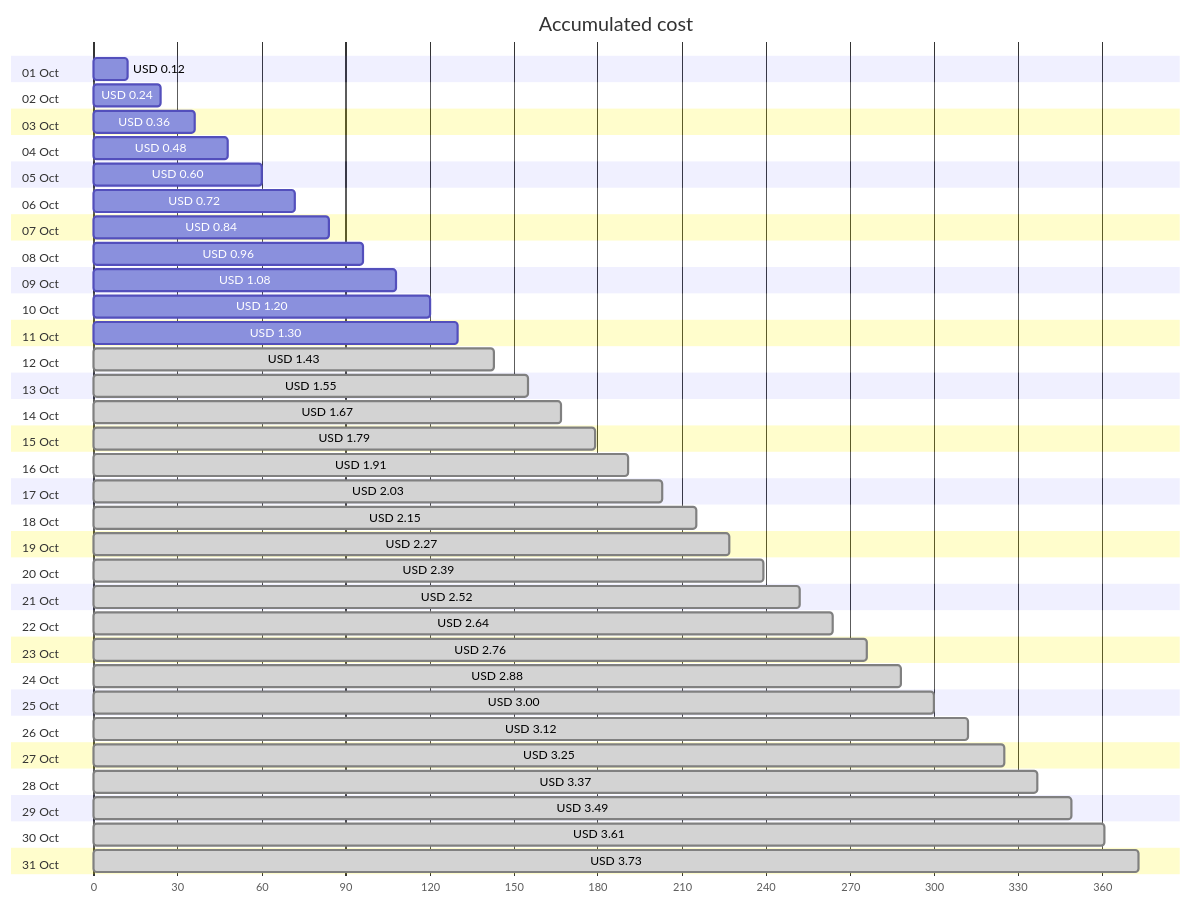
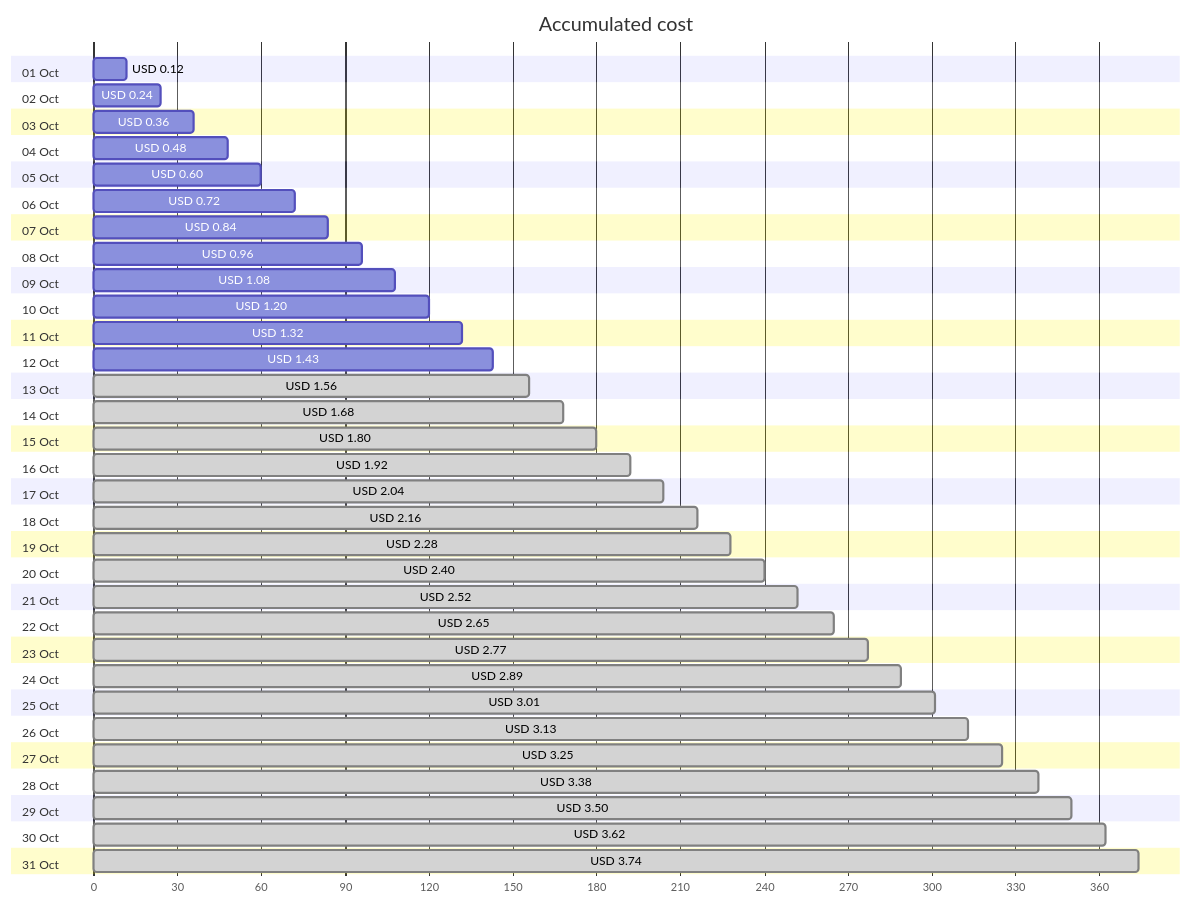
One commit to jpfulton/azure-personal-reports changed the first of 4 diagrams in cost-reports/personal-network/vpn-server-public-ip.md. Above: the diagram before and after it, drawn with Mermaid. The commit also changed other lines of this file and 8 other files, not shown here.

````diff
--- a/cost-reports/personal-network/vpn-server-public-ip.md
+++ b/cost-reports/personal-network/vpn-server-public-ip.md
@@ -20,68 +20,68 @@
 ```mermaid
 gantt
    title Accumulated cost
    dateFormat  X
    axisFormat %s
    section 01 Oct
    USD 0.12 :0, 12
    section 02 Oct
    USD 0.24 :0, 24
    section 03 Oct
    USD 0.36 :0, 36
    section 04 Oct
    USD 0.48 :0, 48
    section 05 Oct
    USD 0.60 :0, 60
    section 06 Oct
    USD 0.72 :0, 72
    section 07 Oct
    USD 0.84 :0, 84
    section 08 Oct
    USD 0.96 :0, 96
    section 09 Oct
    USD 1.08 :0, 108
    section 10 Oct
    USD 1.20 :0, 120
    section 11 Oct
-   USD 1.30 :0, 130
+   USD 1.32 :0, 132
    section 12 Oct
-   USD 1.43 : done, 0, 143
+   USD 1.43 :0, 143
    section 13 Oct
-   USD 1.55 : done, 0, 155
+   USD 1.56 : done, 0, 156
    section 14 Oct
-   USD 1.67 : done, 0, 167
+   USD 1.68 : done, 0, 168
    section 15 Oct
-   USD 1.79 : done, 0, 179
+   USD 1.80 : done, 0, 180
    section 16 Oct
-   USD 1.91 : done, 0, 191
+   USD 1.92 : done, 0, 192
    section 17 Oct
-   USD 2.03 : done, 0, 203
+   USD 2.04 : done, 0, 204
    section 18 Oct
-   USD 2.15 : done, 0, 215
+   USD 2.16 : done, 0, 216
    section 19 Oct
-   USD 2.27 : done, 0, 227
+   USD 2.28 : done, 0, 228
    section 20 Oct
-   USD 2.39 : done, 0, 239
+   USD 2.40 : done, 0, 240
    section 21 Oct
    USD 2.52 : done, 0, 252
    section 22 Oct
-   USD 2.64 : done, 0, 264
+   USD 2.65 : done, 0, 265
    section 23 Oct
-   USD 2.76 : done, 0, 276
+   USD 2.77 : done, 0, 277
    section 24 Oct
-   USD 2.88 : done, 0, 288
+   USD 2.89 : done, 0, 289
    section 25 Oct
-   USD 3.00 : done, 0, 300
+   USD 3.01 : done, 0, 301
    section 26 Oct
-   USD 3.12 : done, 0, 312
+   USD 3.13 : done, 0, 313
    section 27 Oct
    USD 3.25 : done, 0, 325
    section 28 Oct
-   USD 3.37 : done, 0, 337
+   USD 3.38 : done, 0, 338
    section 29 Oct
-   USD 3.49 : done, 0, 349
+   USD 3.50 : done, 0, 350
    section 30 Oct
-   USD 3.61 : done, 0, 361
+   USD 3.62 : done, 0, 362
    section 31 Oct
-   USD 3.73 : done, 0, 373
+   USD 3.74 : done, 0, 374
 ```
````
